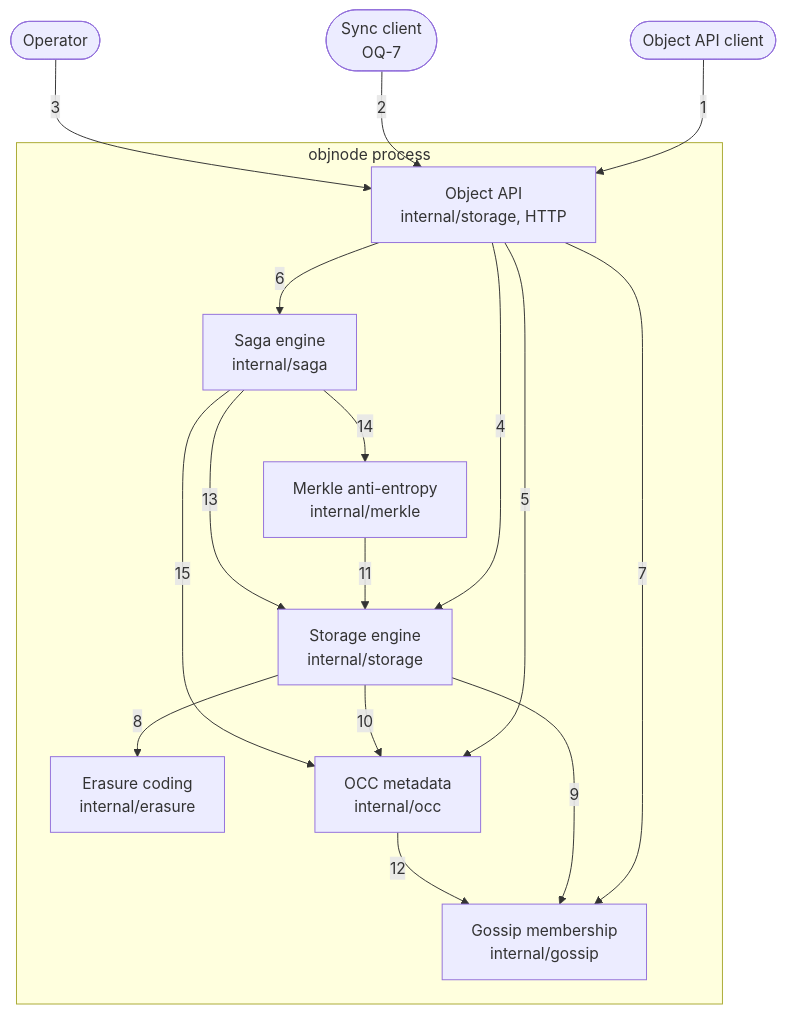
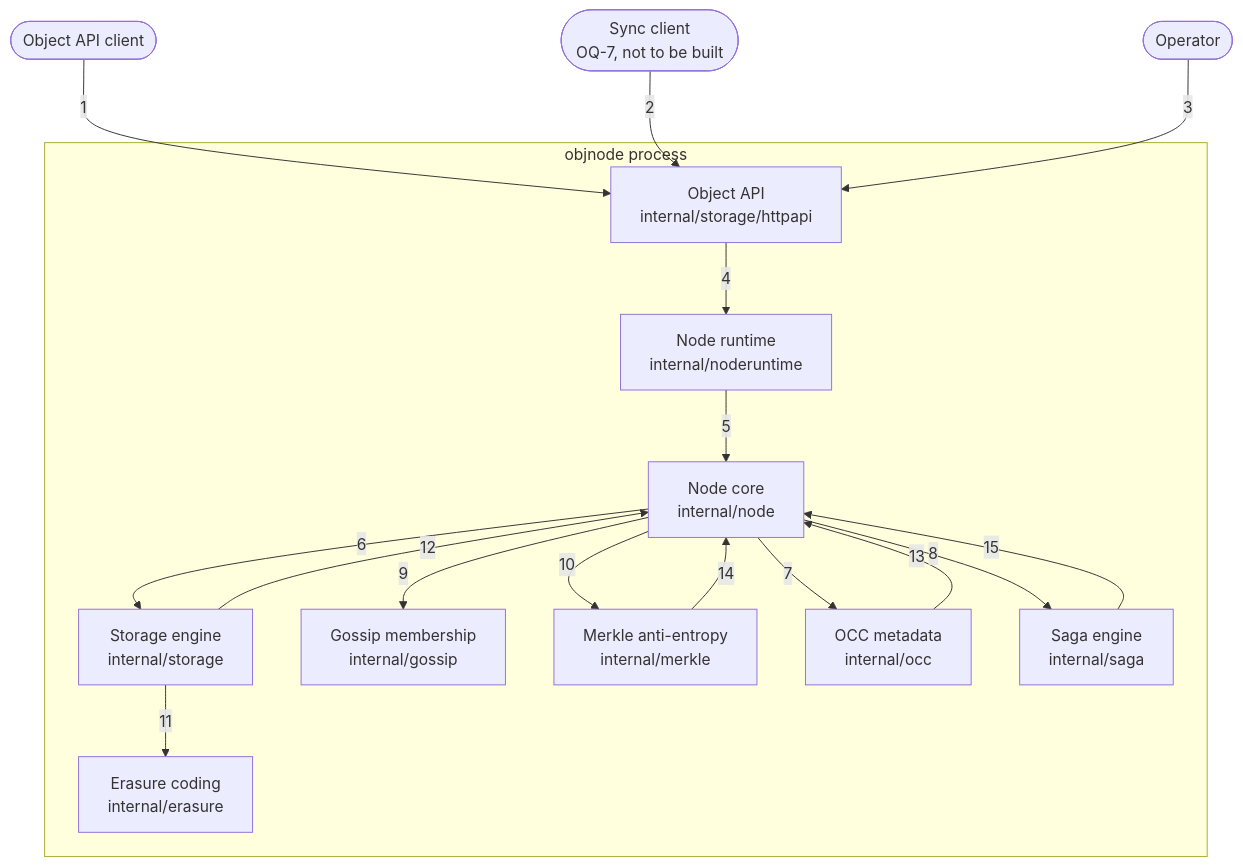
Before and after one commit to nickstrad/decentralized-object-store: the diagram in docs/c4/02-container.md, drawn with Mermaid. The commit also changed other lines of this file and 28 other files, not shown here.

Commit message:
c4: redraw the diagrams as built: a node core that implements every package's interfaces, a node runtime, the object API over one service interface

````diff
--- a/docs/c4/02-container.md
+++ b/docs/c4/02-container.md
@@ -9,30 +9,32 @@
 ```mermaid
 flowchart TB
   CLIENT(["Object API client"])
-  SYNC(["Sync client<br/>OQ-7"])
+  SYNC(["Sync client<br/>OQ-7, not to be built"])
   OPER(["Operator"])
   subgraph OBJNODE["objnode process"]
-    API["Object API<br/>internal/storage, HTTP"]
+    API["Object API<br/>internal/storage/httpapi"]
+    RUNTIME["Node runtime<br/>internal/noderuntime"]
+    NODE["Node core<br/>internal/node"]
     STORAGE["Storage engine<br/>internal/storage"]
     ERASURE["Erasure coding<br/>internal/erasure"]
     GOSSIP["Gossip membership<br/>internal/gossip"]
     MERKLE["Merkle anti-entropy<br/>internal/merkle"]
     OCC["OCC metadata<br/>internal/occ"]
     SAGA["Saga engine<br/>internal/saga"]
   end
   CLIENT -->|1| API
   SYNC -->|2| API
   OPER -->|3| API
-  API -->|4| STORAGE
-  API -->|5| OCC
-  API -->|6| SAGA
-  API -->|7| GOSSIP
-  STORAGE -->|8| ERASURE
-  STORAGE -->|9| GOSSIP
-  STORAGE -->|10| OCC
-  MERKLE -->|11| STORAGE
-  OCC -->|12| GOSSIP
-  SAGA -->|13| STORAGE
-  SAGA -->|14| MERKLE
-  SAGA -->|15| OCC
+  API -->|4| RUNTIME
+  RUNTIME -->|5| NODE
+  NODE -->|6| STORAGE
+  NODE -->|7| OCC
+  NODE -->|8| SAGA
+  NODE -->|9| GOSSIP
+  NODE -->|10| MERKLE
+  STORAGE -->|11| ERASURE
+  STORAGE -->|12| NODE
+  OCC -->|13| NODE
+  MERKLE -->|14| NODE
+  SAGA -->|15| NODE
 ```
````
